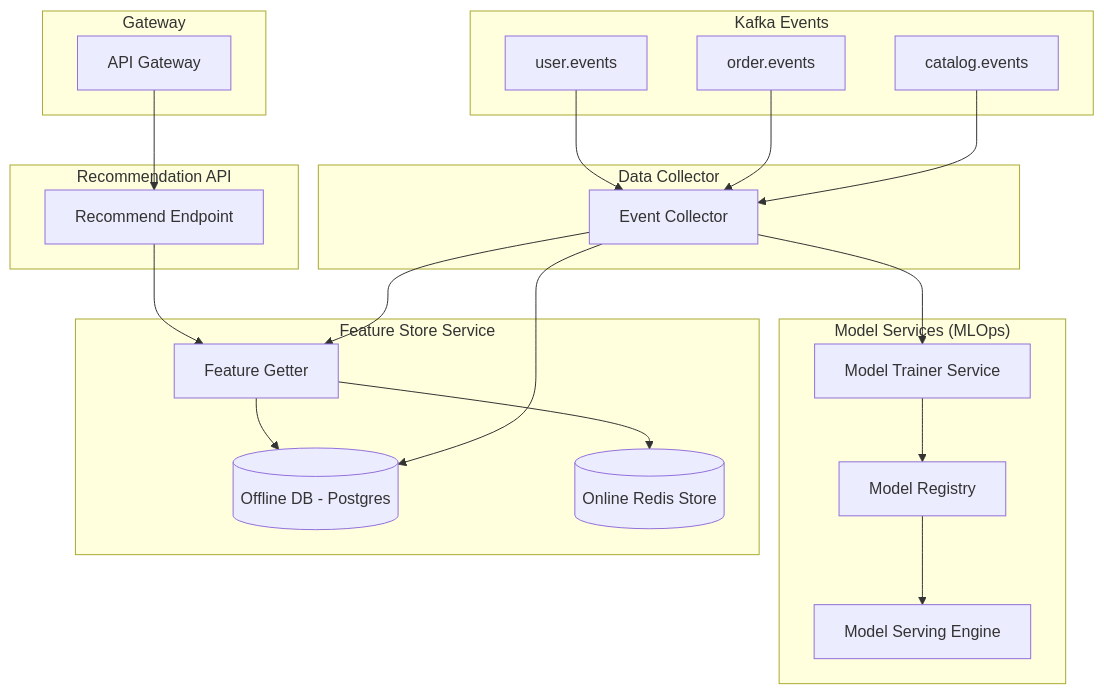
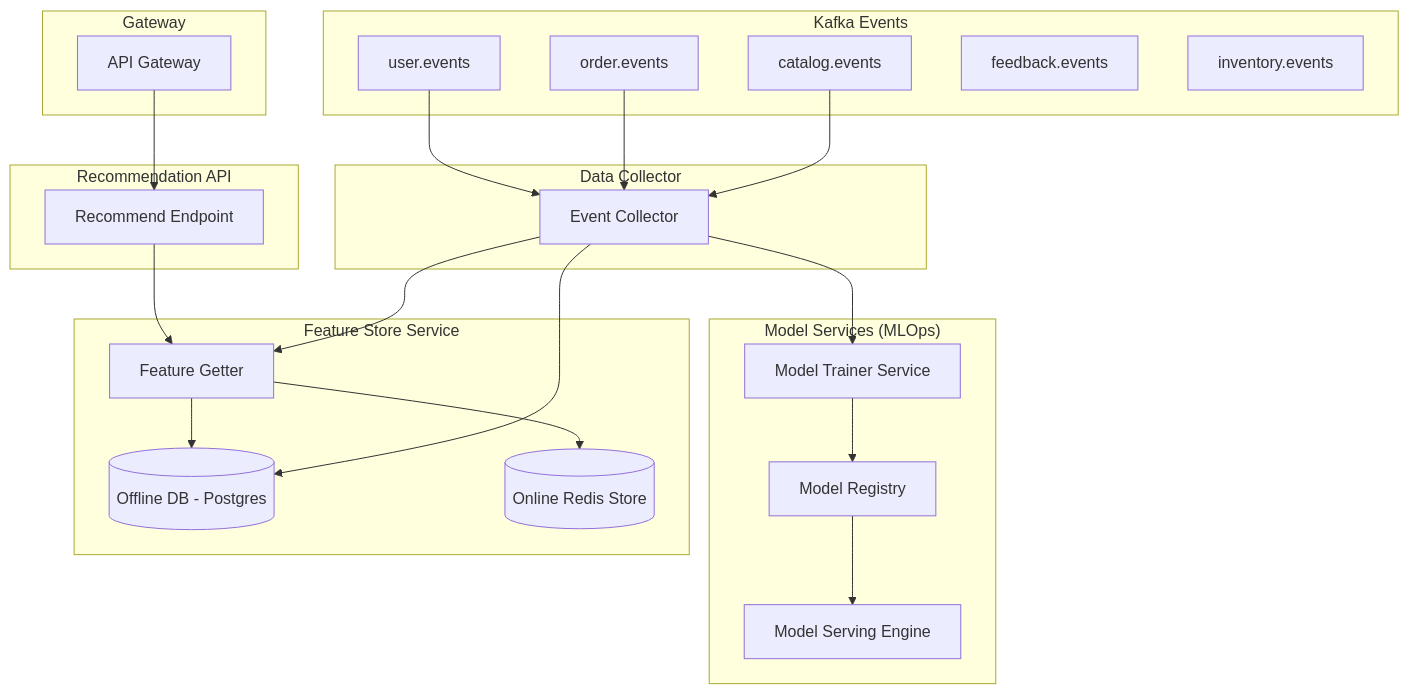
The first of 6 diagrams in recommendation-service/README.md (RamziHaddad/projet-soa-ecommerce-enit-2025-3AINFO1), drawn with Mermaid before and after one commit.

````diff
--- a/recommendation-service/README.md
+++ b/recommendation-service/README.md
@@ -40,49 +40,51 @@
 ```mermaid
 graph TD
     subgraph "Gateway"
         APIGateway[API Gateway]
     end
 
     subgraph "Kafka Events"
         UserEvents[user.events]
         OrderEvents[order.events]
         CatalogEvents[catalog.events]
+        FeedbackEvents[feedback.events]
+        InventoryEvents[inventory.events]
     end
 
     subgraph "Recommendation API"
         RecommendEndpoint[Recommend Endpoint]
     end
 
     subgraph "Data Collector"
         EventCollector[Event Collector]
     end
 
     subgraph "Model Services (MLOps)"
         ModelTrainer[Model Trainer Service]
         ModelRegistry[Model Registry]
         ModelServing[Model Serving Engine]
     end
 
     subgraph "Feature Store Service"
         FeatureGetter[Feature Getter]
         OfflineDB[(Offline DB - Postgres)]
         OnlineStore[(Online Redis Store)]
     end
 
     APIGateway --> RecommendEndpoint;
     RecommendEndpoint --> FeatureGetter;
 
     UserEvents --> EventCollector;
     OrderEvents --> EventCollector;
     CatalogEvents --> EventCollector;
 
     EventCollector --> ModelTrainer;
     EventCollector --> FeatureGetter;
 
     ModelTrainer --> ModelRegistry;
     ModelRegistry --> ModelServing;
     
     FeatureGetter --> OnlineStore;
     FeatureGetter --> OfflineDB;
     EventCollector --> OfflineDB;
 ```
````
